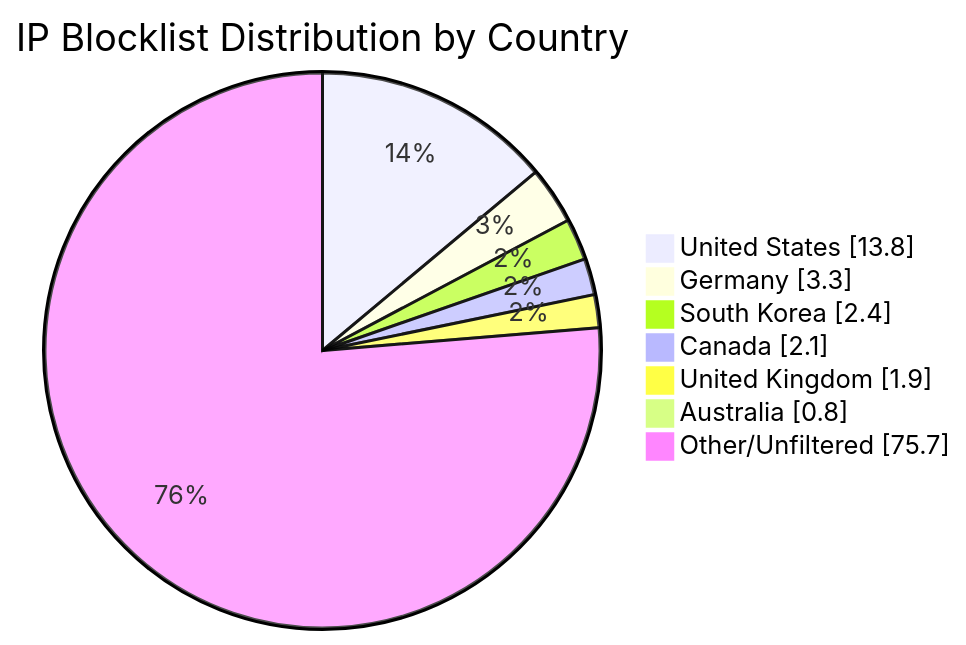
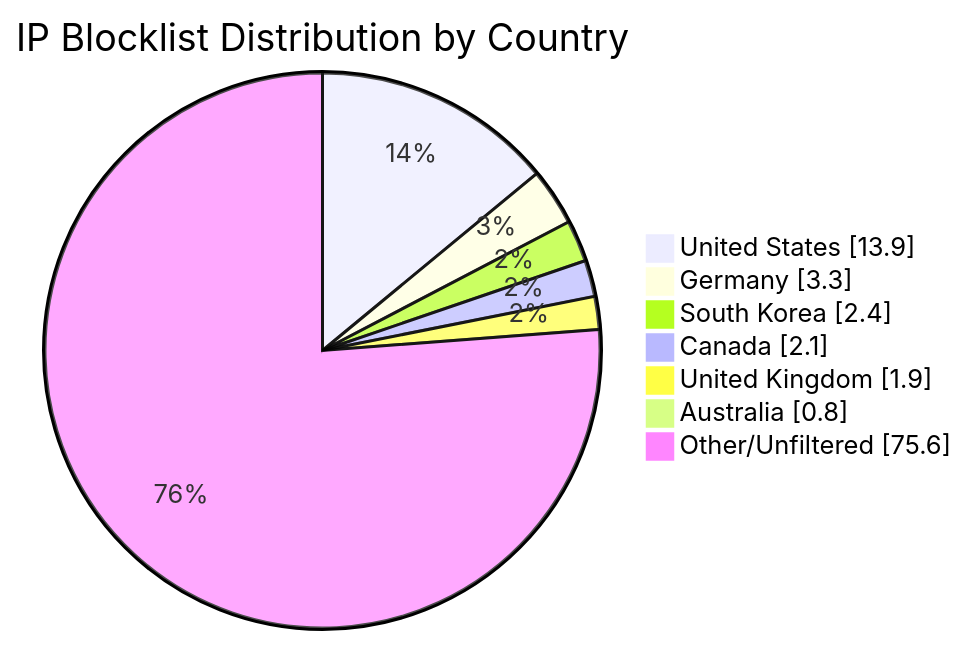
One commit to MarcusHoltz/ipblocklist-geofiltered-aggregator changed the diagram in README.md. Above: the diagram before and after it, drawn with Mermaid. The commit also changed other lines of this file and 9 other files, not shown here.

````diff
--- a/README.md
+++ b/README.md
@@ -34,10 +34,10 @@
 ```mermaid
 pie showData title IP Blocklist Distribution by Country
-"United States" : 13.8
+"United States" : 13.9
 "Germany" : 3.3
 "South Korea" : 2.4
 "Canada" : 2.1
 "United Kingdom" : 1.9
 "Australia" : 0.8
-"Other/Unfiltered" : 75.7
+"Other/Unfiltered" : 75.6
 ```
````
